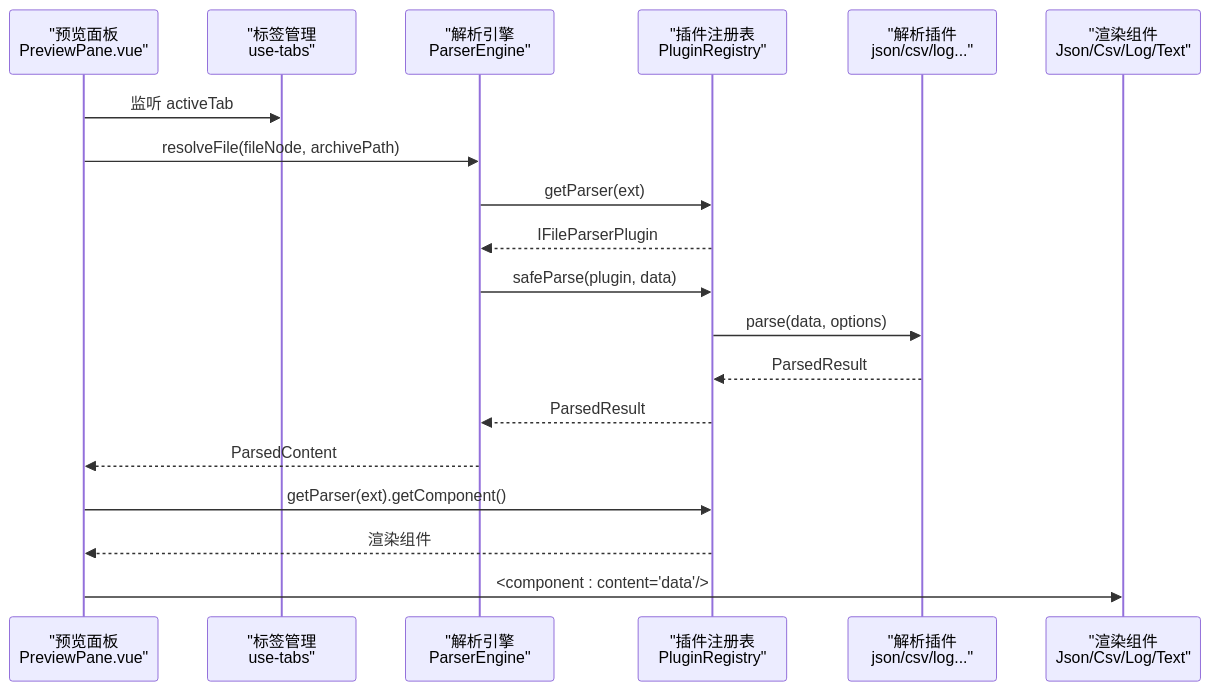
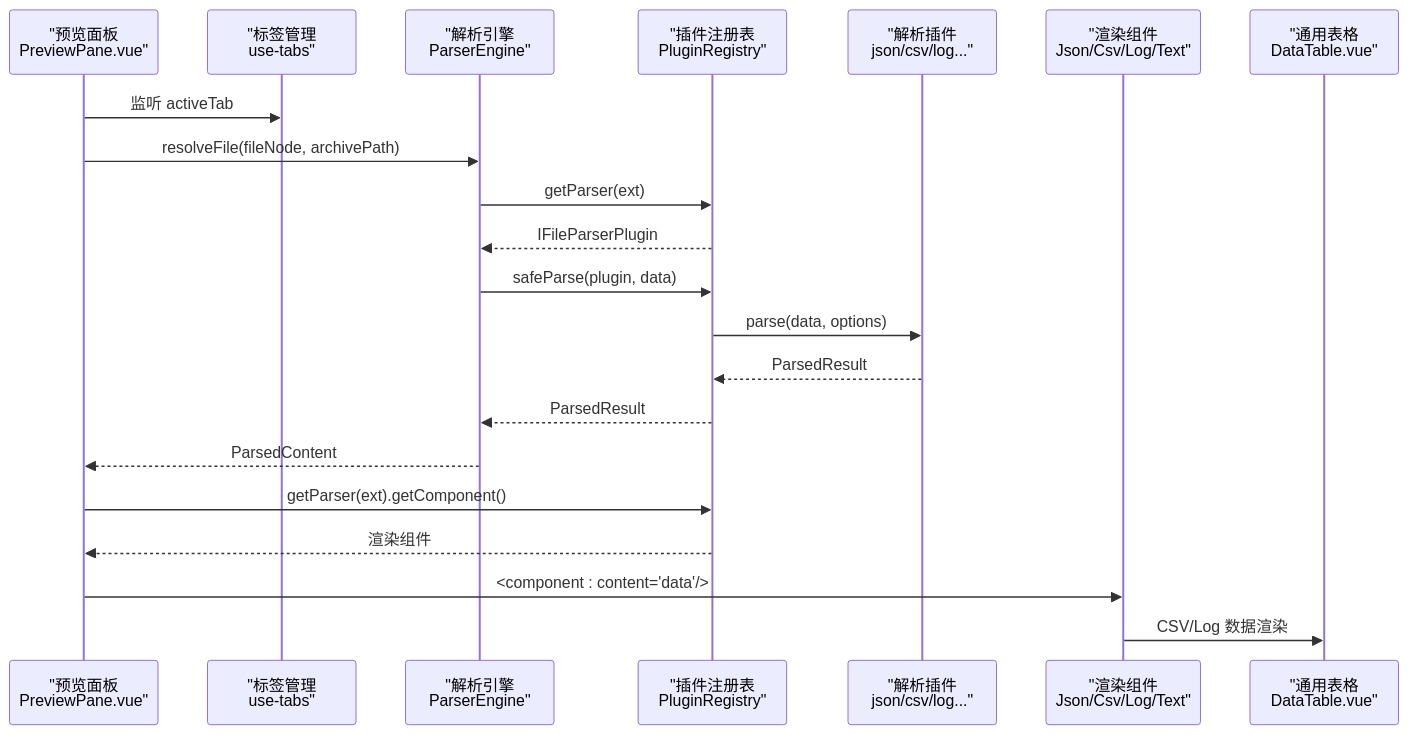
One commit to taoweidong/Hello-Tauri changed the second of 9 diagrams in .qoder/repowiki/zh/content/插件系统/插件开发教程/解析器插件开发/渲染器集成.md. Above: the diagram before and after it, drawn with Mermaid. The commit also changed other lines of this file and 62 other files, not shown here.

````diff
--- a/.qoder/repowiki/zh/content/插件系统/插件开发教程/解析器插件开发/渲染器集成.md
+++ b/.qoder/repowiki/zh/content/插件系统/插件开发教程/解析器插件开发/渲染器集成.md
@@ -140,21 +153,23 @@
 ```mermaid
 sequenceDiagram
 participant UI as "预览面板<br/>PreviewPane.vue"
 participant TAB as "标签管理<br/>use-tabs"
 participant ENG as "解析引擎<br/>ParserEngine"
 participant REG as "插件注册表<br/>PluginRegistry"
 participant PLG as "解析插件<br/>json/csv/log..."
 participant RND as "渲染组件<br/>Json/Csv/Log/Text"
+participant DT as "通用表格<br/>DataTable.vue"
 UI->>TAB : 监听 activeTab
 UI->>ENG : resolveFile(fileNode, archivePath)
 ENG->>REG : getParser(ext)
 REG-->>ENG : IFileParserPlugin
 ENG->>REG : safeParse(plugin, data)
 REG->>PLG : parse(data, options)
 PLG-->>REG : ParsedResult
 REG-->>ENG : ParsedResult
 ENG-->>UI : ParsedContent
 UI->>REG : getParser(ext).getComponent()
 REG-->>UI : 渲染组件
 UI->>RND : <component : content="data"/>
+RND->>DT : CSV/Log 数据渲染
 ```
````
